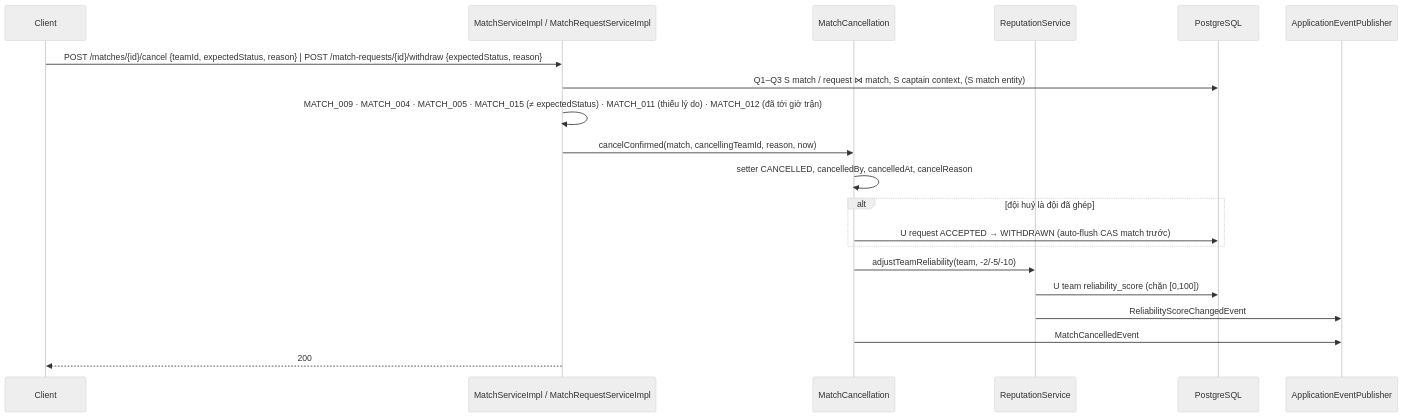
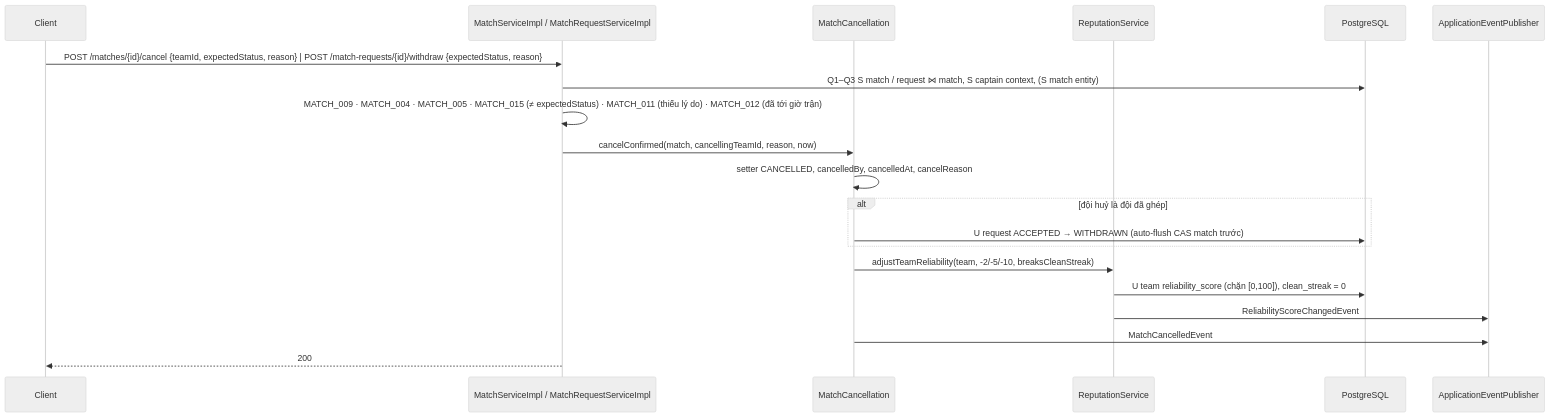
The second of 3 diagrams in docs/agent/design/MATCH-001/Processing_Flow.md (phananh2005/ArenaFlow-be), drawn with Mermaid (neutral theme) before and after one commit. The commit also changed other lines of this file and 15 other files, not shown here.

````diff
--- a/docs/agent/design/MATCH-001/Processing_Flow.md
+++ b/docs/agent/design/MATCH-001/Processing_Flow.md
@@ -73,22 +73,22 @@
 ```mermaid
 sequenceDiagram
     participant C as Client
     participant S as MatchServiceImpl / MatchRequestServiceImpl
     participant MC as MatchCancellation
     participant RP as ReputationService
     participant DB as PostgreSQL
     participant EP as ApplicationEventPublisher
     C->>S: POST /matches/{id}/cancel {teamId, expectedStatus, reason} | POST /match-requests/{id}/withdraw {expectedStatus, reason}
     S->>DB: Q1–Q3 S match / request ⋈ match, S captain context, (S match entity)
     S->>S: MATCH_009 · MATCH_004 · MATCH_005 · MATCH_015 (≠ expectedStatus) · MATCH_011 (thiếu lý do) · MATCH_012 (đã tới giờ trận)
     S->>MC: cancelConfirmed(match, cancellingTeamId, reason, now)
     MC->>MC: setter CANCELLED, cancelledBy, cancelledAt, cancelReason
     alt đội huỷ là đội đã ghép
         MC->>DB: U request ACCEPTED → WITHDRAWN (auto-flush CAS match trước)
     end
-    MC->>RP: adjustTeamReliability(team, -2/-5/-10)
-    RP->>DB: U team reliability_score (chặn [0,100])
+    MC->>RP: adjustTeamReliability(team, -2/-5/-10, breaksCleanStreak)
+    RP->>DB: U team reliability_score (chặn [0,100]), clean_streak = 0
     RP->>EP: ReliabilityScoreChangedEvent
     MC->>EP: MatchCancelledEvent
     S-->>C: 200
 ```
````
